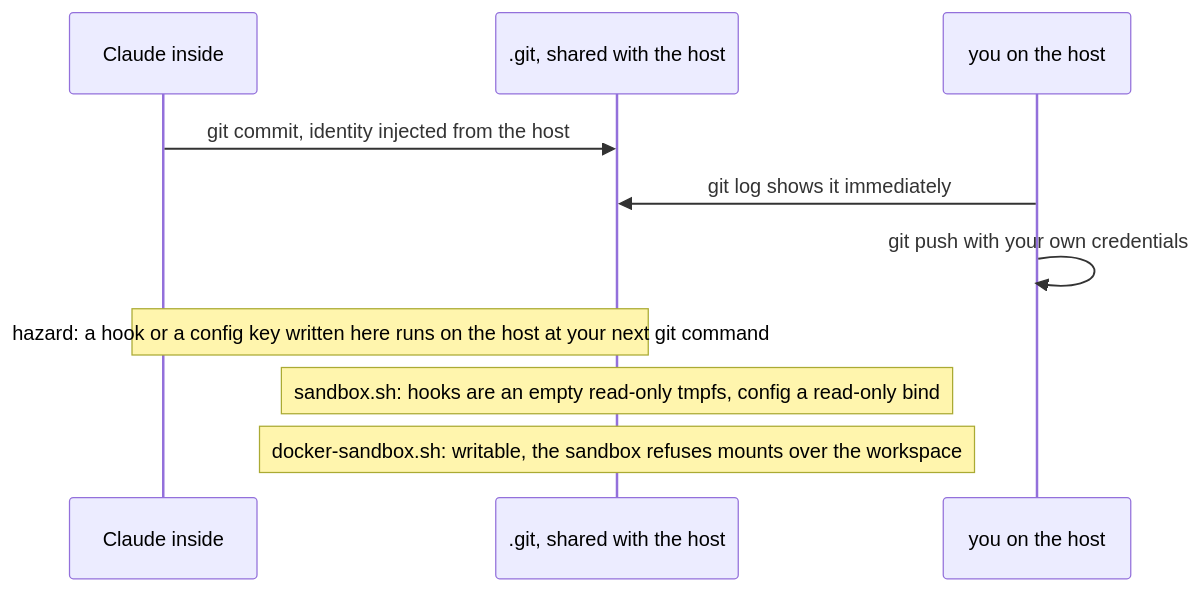
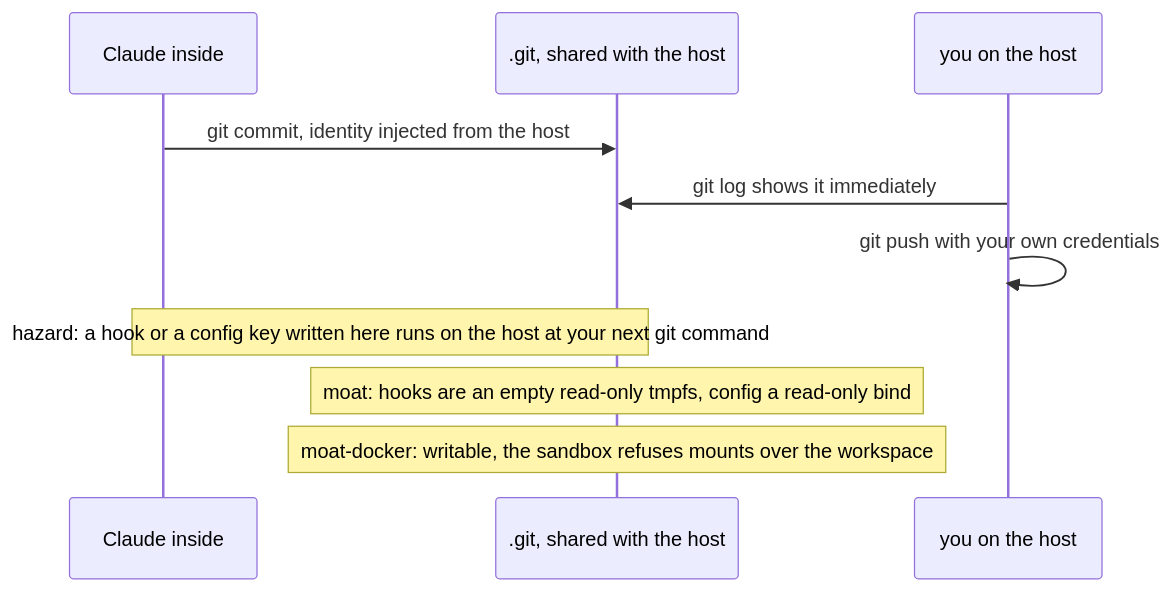
The sixth of 7 diagrams in ARCHITECTURE.md (marhaasa/eredo), drawn with Mermaid before and after one commit. The commit also changed other lines of this file and 14 other files, not shown here.

Commit message:
rename to moat: generic defaults, doctor and selftest, config command, skill, CI, MIT license

````diff
--- a/ARCHITECTURE.md
+++ b/ARCHITECTURE.md
@@ -138,12 +138,12 @@
 ```mermaid
 sequenceDiagram
   participant Cl as Claude inside
   participant G as .git, shared with the host
   participant H as you on the host
   Cl->>G: git commit, identity injected from the host
   H->>G: git log shows it immediately
   H->>H: git push with your own credentials
   Note over Cl,G: hazard: a hook or a config key written here runs on the host at your next git command
-  Note over G: sandbox.sh: hooks are an empty read-only tmpfs, config a read-only bind
-  Note over G: docker-sandbox.sh: writable, the sandbox refuses mounts over the workspace
+  Note over G: moat: hooks are an empty read-only tmpfs, config a read-only bind
+  Note over G: moat-docker: writable, the sandbox refuses mounts over the workspace
 ```
````
